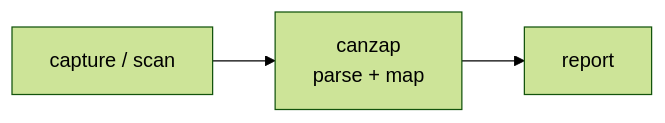
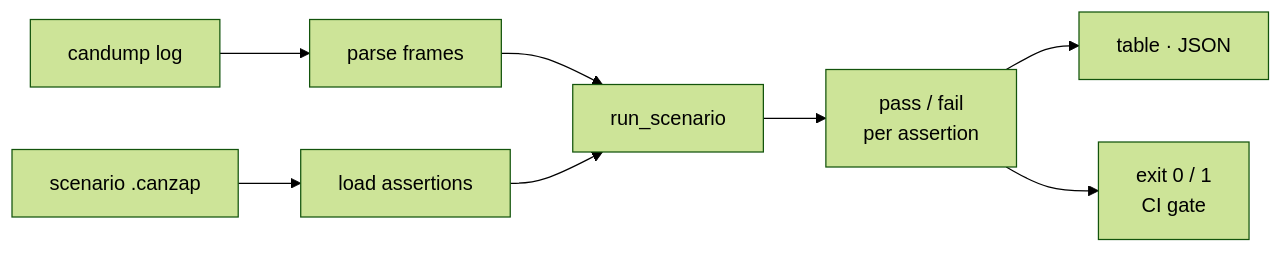
The diagram in README.md (cognis-digital/canzap), drawn with Mermaid (forest theme) before and after one commit. The commit also changed other lines of this file and 13 other files, not shown here.

First line of the commit message:
Add audience-targeted runnable demos, fixtures, and architecture/demos docs

````diff
--- a/README.md
+++ b/README.md
@@ -142,5 +142,10 @@
 ```mermaid
 flowchart LR
-  IN[capture / scan] --> P[canzap<br/>parse + map]
-  P --> OUT[report]
+  log[candump log] --> parse[parse frames]
+  scn[scenario .canzap] --> load[load assertions]
+  parse --> run[run_scenario]
+  load --> run
+  run --> res[pass / fail<br/>per assertion]
+  res --> out[table · JSON]
+  res --> code[exit 0 / 1<br/>CI gate]
 ```
````
